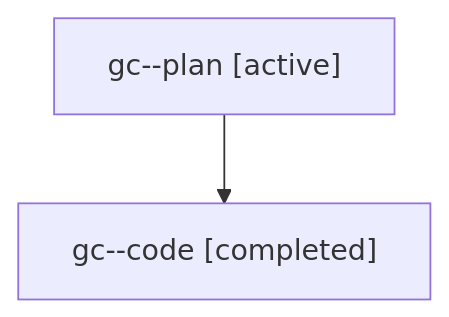
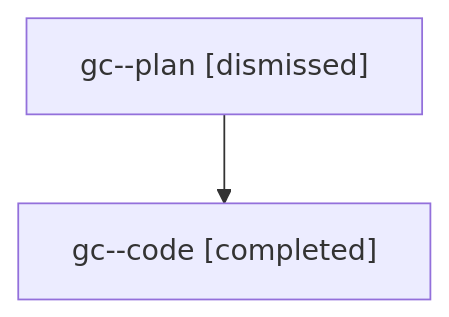
The diagram in sessions/bbugyi200.athena.gc.md (sase-org/sase--agents), drawn with Mermaid before and after one commit. The commit also changed other lines of this file and 36 other files, not shown here.

````diff
--- a/sessions/bbugyi200.athena.gc.md
+++ b/sessions/bbugyi200.athena.gc.md
@@ -9,6 +9,6 @@
 ```mermaid
 flowchart TD
-  n0["gc--plan [active]"]
+  n0["gc--plan [dismissed]"]
   n1["gc--code [completed]"]
   n0 --> n1
 ```
````
